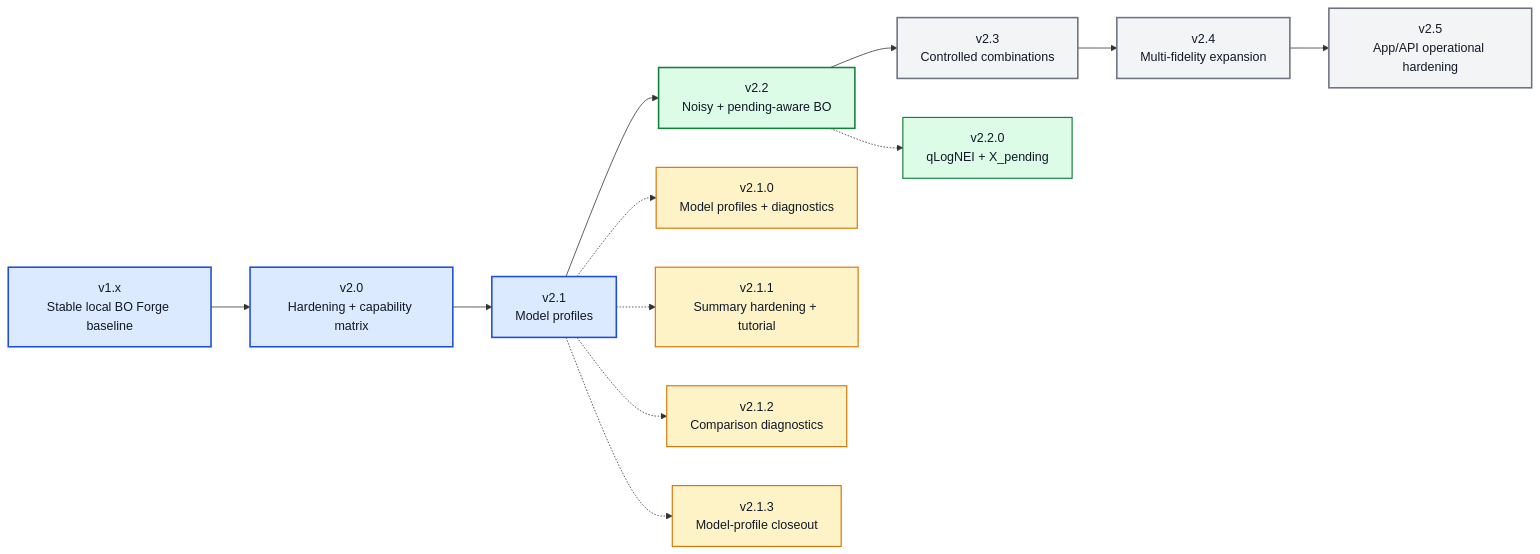
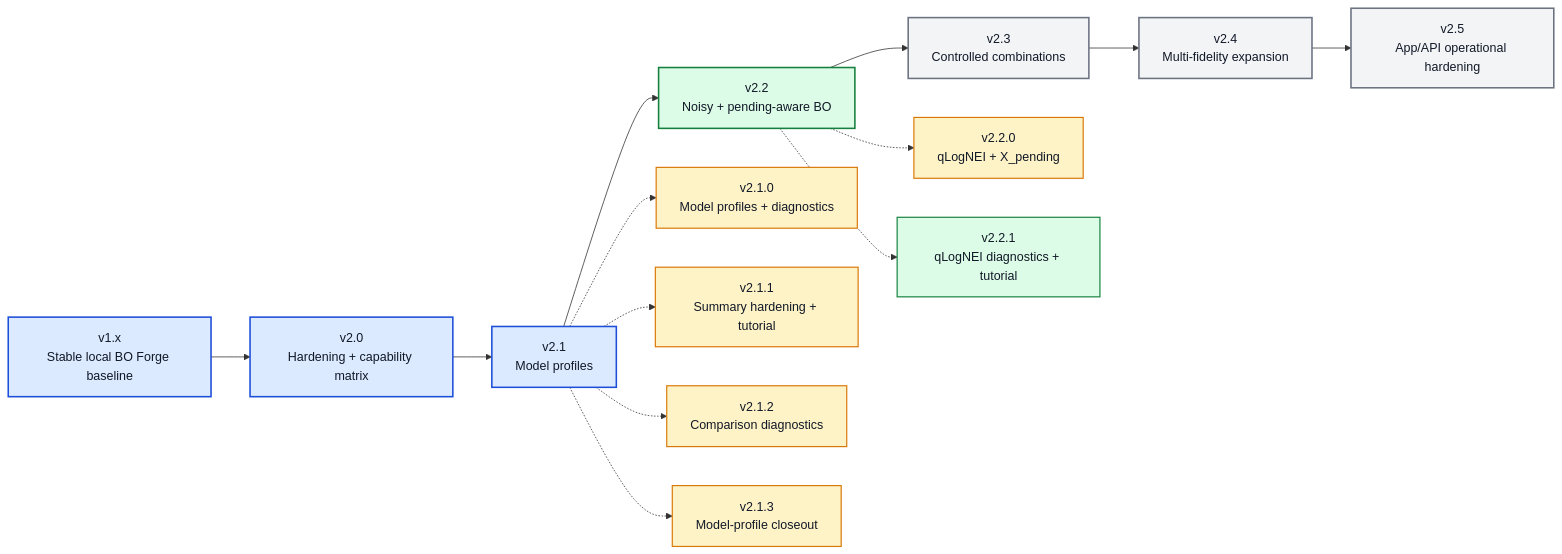
The diagram in ROADMAP_V2_X.md (angzeli/bo-forge), drawn with Mermaid before and after one commit. The commit also changed other lines of this file and 34 other files, not shown here.

Commit message:
v2.2.1 update: Add qLogNEI diagnostics and tutorial

````diff
--- a/ROADMAP_V2_X.md
+++ b/ROADMAP_V2_X.md
@@ -15,28 +15,31 @@
 ```mermaid
 flowchart LR
     v10["v1.x<br/>Stable local BO Forge baseline"] --> v20["v2.0<br/>Hardening + capability matrix"] --> v21["v2.1<br/>Model profiles"] --> v22["v2.2<br/>Noisy + pending-aware BO"] --> v23["v2.3<br/>Controlled combinations"] --> v24["v2.4<br/>Multi-fidelity expansion"] --> v25["v2.5<br/>App/API operational hardening"]
 
     v210["v2.1.0<br/>Model profiles + diagnostics"]
     v211["v2.1.1<br/>Summary hardening + tutorial"]
     v212["v2.1.2<br/>Comparison diagnostics"]
     v213["v2.1.3<br/>Model-profile closeout"]
     v220["v2.2.0<br/>qLogNEI + X_pending"]
+    v221["v2.2.1<br/>qLogNEI diagnostics + tutorial"]
 
     v21 -.-> v210
     v21 -.-> v211
     v21 -.-> v212
     v21 -.-> v213
     v22 -.-> v220
+    v22 -.-> v221
 
     class v10,v20,v21 majorDone
     class v22 majorActive
     class v23,v24,v25 majorFuture
     class v210,v211,v212,v213 patchDone
-    class v220 patchActive
+    class v220 patchDone
+    class v221 patchActive
 
     classDef majorDone fill:#dbeafe,stroke:#1d4ed8,stroke-width:2px,color:#111827;
     classDef majorActive fill:#dcfce7,stroke:#15803d,stroke-width:2px,color:#111827;
     classDef majorFuture fill:#f3f4f6,stroke:#6b7280,stroke-width:2px,color:#111827;
     classDef patchDone fill:#fef3c7,stroke:#d97706,stroke-width:1.5px,color:#111827;
     classDef patchActive fill:#dcfce7,stroke:#15803d,stroke-width:1.5px,color:#111827;
 ```
````
